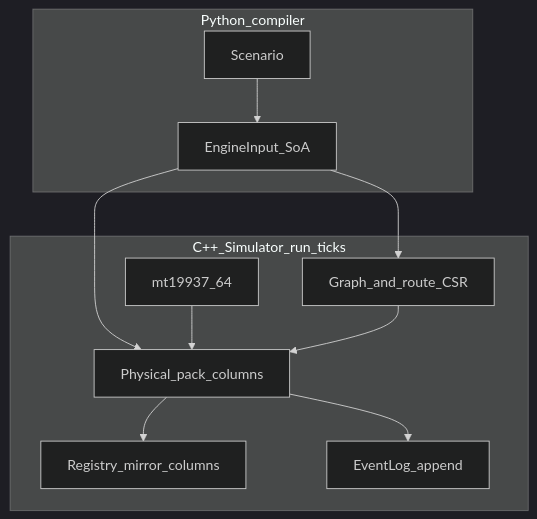
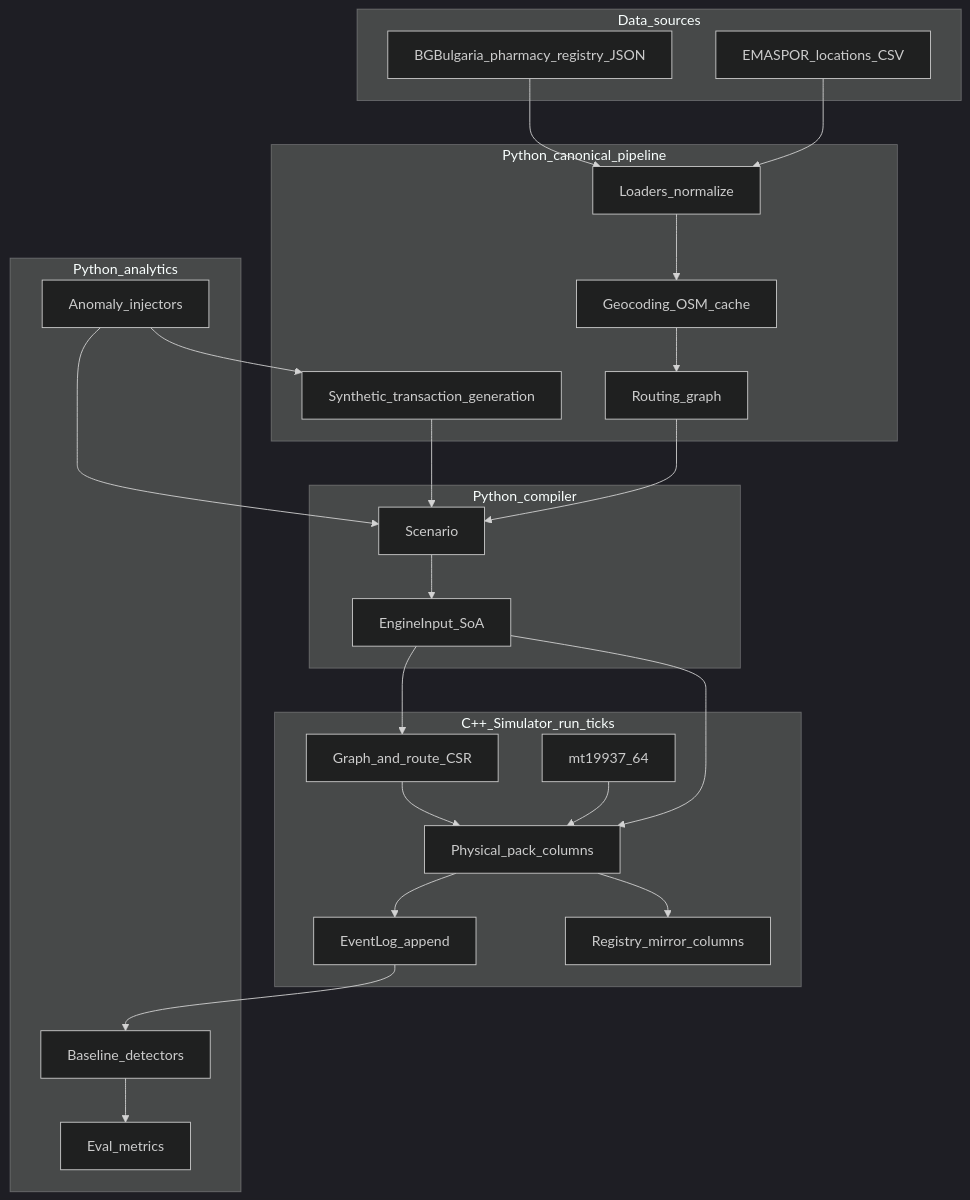
One commit to hawuxparrot/mvp_ABM_PharmaSim changed the diagram in README.md. Above: the diagram before and after it, drawn with Mermaid (dark theme). The commit also changed other lines of this file and 17 other files, not shown here.

Commit message:
drafted data ingestion pipeline (geocoding, local_org data, transactions) to create realistic scenarios, will likely have to be refactored in future

````diff
--- a/README.md
+++ b/README.md
@@ -42,21 +51,46 @@
 ```mermaid
 flowchart TB
+  subgraph data [Data_sources]
+    BG_REG[BGBulgaria_pharmacy_registry_JSON]
+    SPOR[EMASPOR_locations_CSV]
+  end
+  subgraph canonical [Python_canonical_pipeline]
+    LOAD[Loaders_normalize]
+    GEO[Geocoding_OSM_cache]
+    ROUTE[Routing_graph]
+    TXGEN[Synthetic_transaction_generation]
+  end
   subgraph compile [Python_compiler]
     SC[Scenario]
     EI[EngineInput_SoA]
   end
   subgraph kernel [C++_Simulator_run_ticks]
     PHY[Physical_pack_columns]
     REG[Registry_mirror_columns]
     CSR[Graph_and_route_CSR]
     RNG[mt19937_64]
     LOG[EventLog_append]
   end
+  subgraph analytics [Python_analytics]
+    INJECT[Anomaly_injectors]
+    DETECT[Baseline_detectors]
+    EVAL[Eval_metrics]
+  end
+  BG_REG --> LOAD
+  SPOR --> LOAD
+  LOAD --> GEO
+  GEO --> ROUTE
+  ROUTE --> SC
+  TXGEN --> SC
   SC --> EI
   EI --> PHY
   EI --> CSR
   PHY --> REG
   RNG --> PHY
   CSR --> PHY
   PHY --> LOG
+  LOG --> DETECT
+  INJECT --> TXGEN
+  INJECT --> SC
+  DETECT --> EVAL
 ```
````
